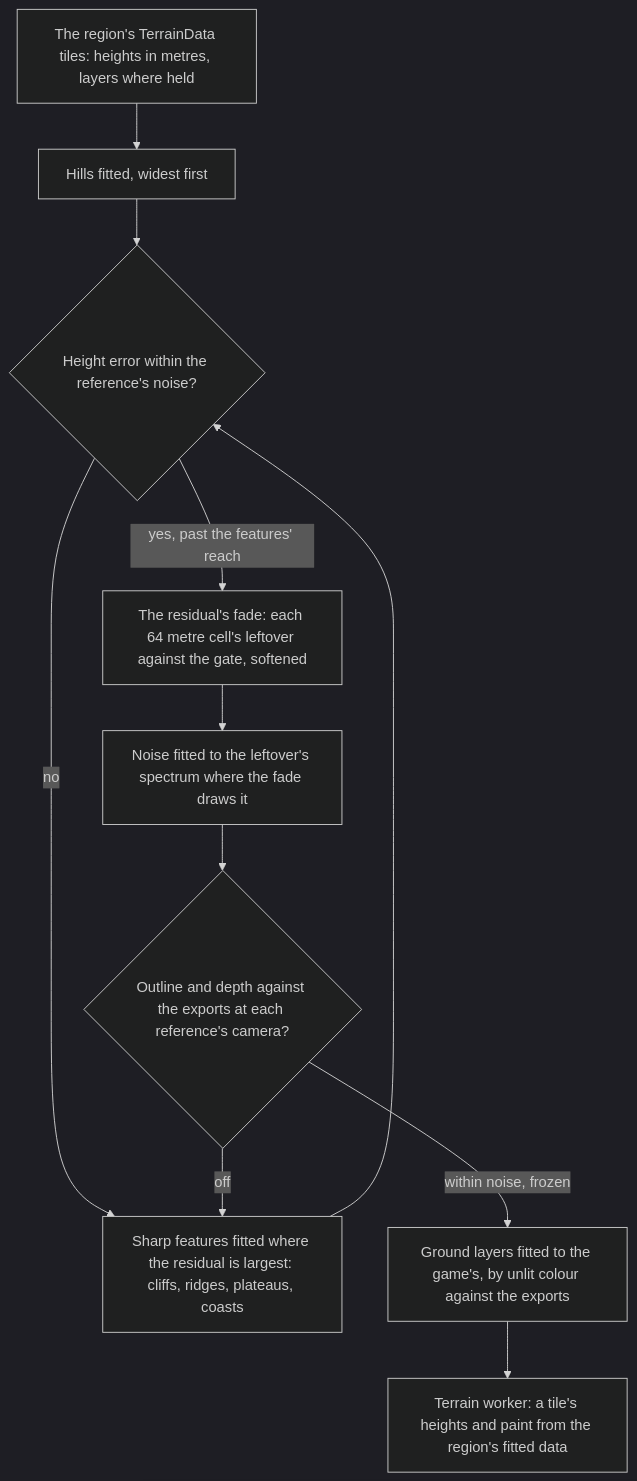
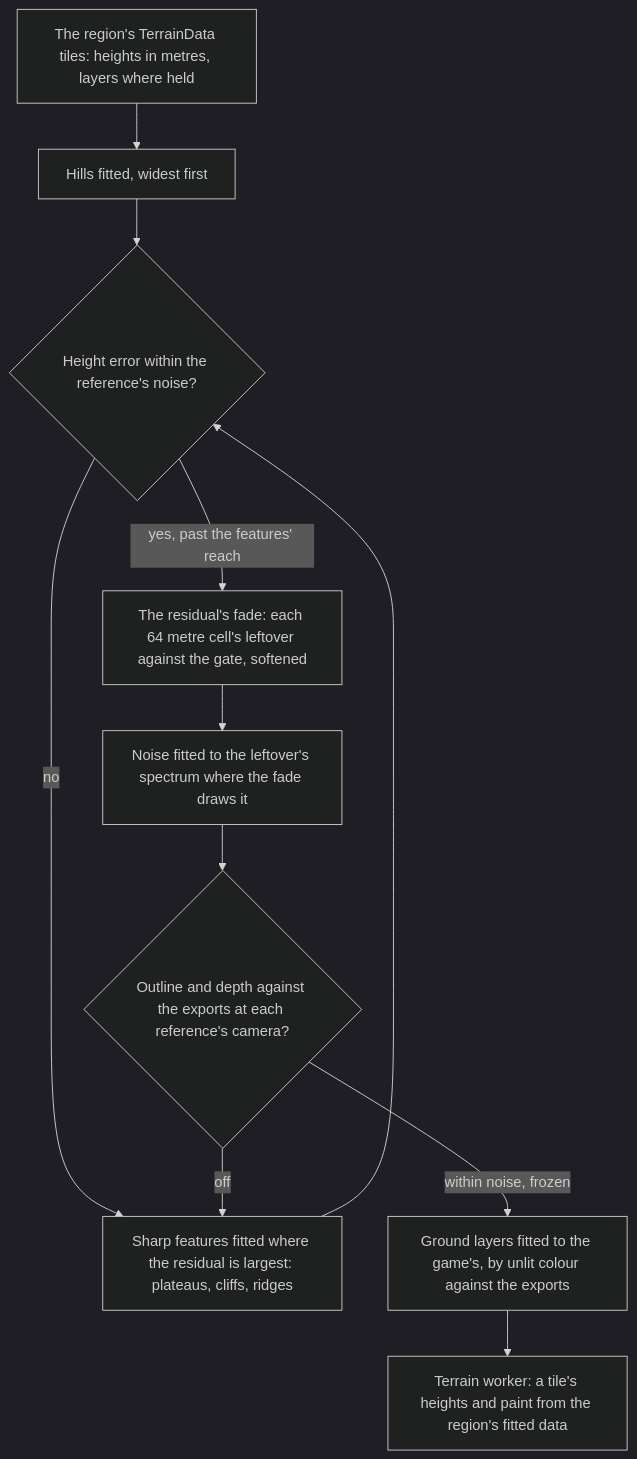
One commit to Esposter/Esposter changed the diagram in apps/web/content/docs/proposals/genshin/terrain-shapes.md. Above: the diagram before and after it, drawn with Mermaid (dark theme). The commit also changed other lines of this file and 14 other files, not shown here.

````diff
--- a/apps/web/content/docs/proposals/genshin/terrain-shapes.md
+++ b/apps/web/content/docs/proposals/genshin/terrain-shapes.md
@@ -28,13 +24,13 @@
 ```mermaid
 flowchart TD
   TD["The region's TerrainData tiles: heights in metres, layers where held"] --> HILLS["Hills fitted, widest first"]
   HILLS --> G1{"Height error within the reference's noise?"}
-  G1 -->|no| FEAT["Sharp features fitted where the residual is largest: cliffs, ridges, plateaus, coasts"]
+  G1 -->|no| FEAT["Sharp features fitted where the residual is largest: plateaus, cliffs, ridges"]
   FEAT --> G1
   G1 -->|"yes, past the features' reach"| FD["The residual's fade: each 64 metre cell's leftover against the gate, softened"]
   FD --> NZ["Noise fitted to the leftover's spectrum where the fade draws it"]
   NZ --> SH{"Outline and depth against the exports at each reference's camera?"}
   SH -->|off| FEAT
   SH -->|"within noise, frozen"| PAINT["Ground layers fitted to the game's, by unlit colour against the exports"]
   PAINT --> WK["Terrain worker: a tile's heights and paint from the region's fitted data"]
 ```
````
